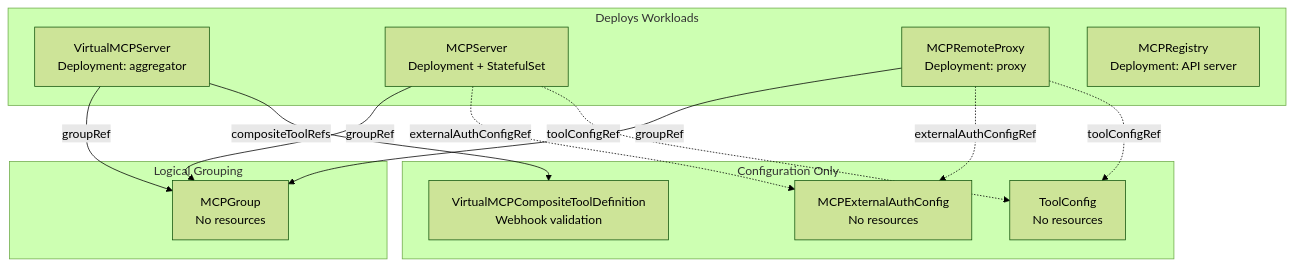
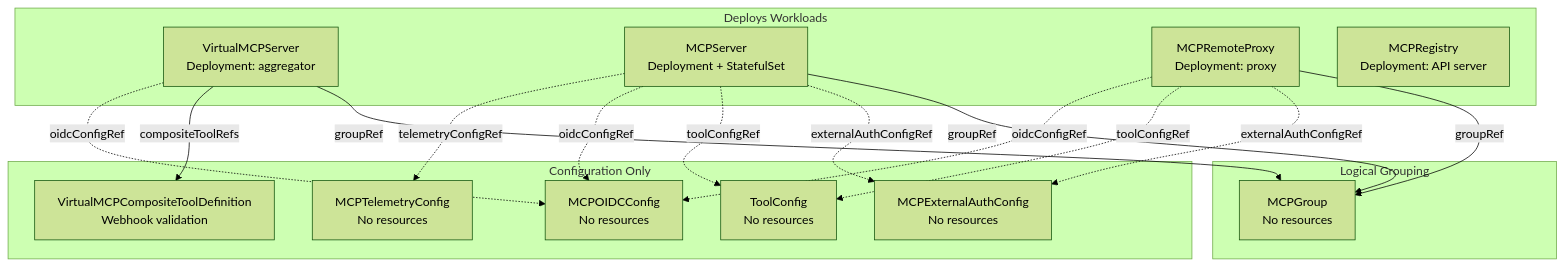
The second of 4 diagrams in docs/arch/09-operator-architecture.md (stacklok/toolhive), drawn with Mermaid (forest theme) before and after one commit. The commit also changed other lines of this file and 11 other files, not shown here.

First line of the commit message:
Update docs for MCPOIDCConfig, MCPTelemetryConfig, and deprecated field removal

````diff
--- a/docs/arch/09-operator-architecture.md
+++ b/docs/arch/09-operator-architecture.md
@@ -99,30 +102,36 @@
 ```mermaid
 graph TB
     subgraph "Deploys Workloads"
         VMCP[VirtualMCPServer<br/>Deployment: aggregator]
         Server[MCPServer<br/>Deployment + StatefulSet]
         Proxy[MCPRemoteProxy<br/>Deployment: proxy]
         Registry[MCPRegistry<br/>Deployment: API server]
     end
 
     subgraph "Logical Grouping"
         Group[MCPGroup<br/>No resources]
     end
 
     subgraph "Configuration Only"
         CTD[VirtualMCPCompositeToolDefinition<br/>Webhook validation]
         ExtAuth[MCPExternalAuthConfig<br/>No resources]
         ToolCfg[ToolConfig<br/>No resources]
+        OIDCCfg[MCPOIDCConfig<br/>No resources]
+        TelCfg[MCPTelemetryConfig<br/>No resources]
     end
 
     VMCP -->|groupRef| Group
     VMCP -->|compositeToolRefs| CTD
+    VMCP -.->|oidcConfigRef| OIDCCfg
 
     Server -->|groupRef| Group
     Server -.->|externalAuthConfigRef| ExtAuth
     Server -.->|toolConfigRef| ToolCfg
+    Server -.->|oidcConfigRef| OIDCCfg
+    Server -.->|telemetryConfigRef| TelCfg
 
     Proxy -->|groupRef| Group
     Proxy -.->|externalAuthConfigRef| ExtAuth
     Proxy -.->|toolConfigRef| ToolCfg
+    Proxy -.->|oidcConfigRef| OIDCCfg
 ```
````
